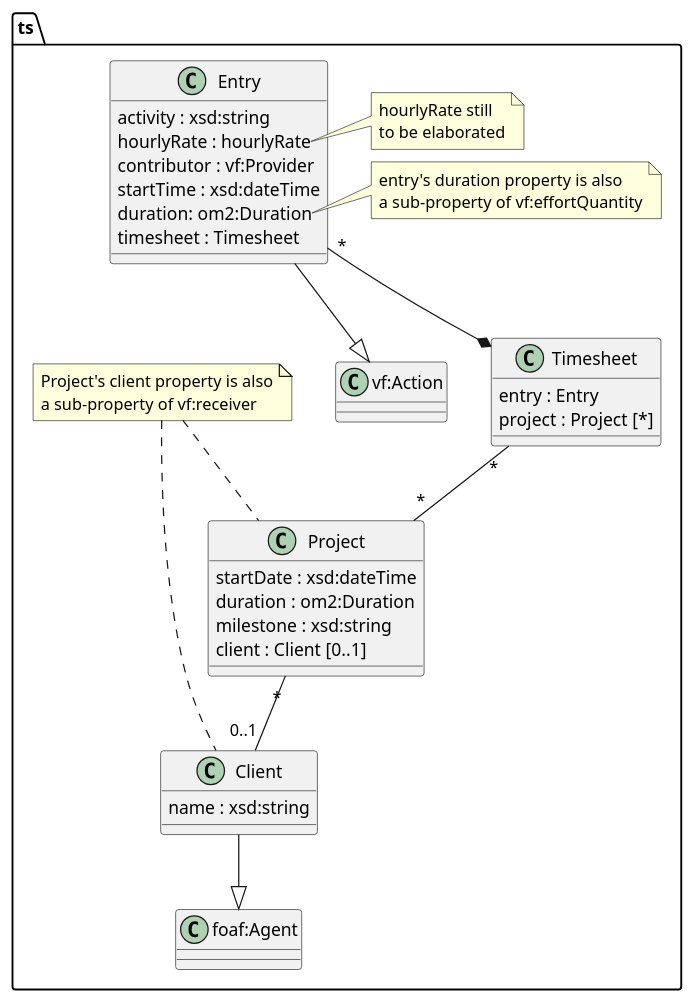
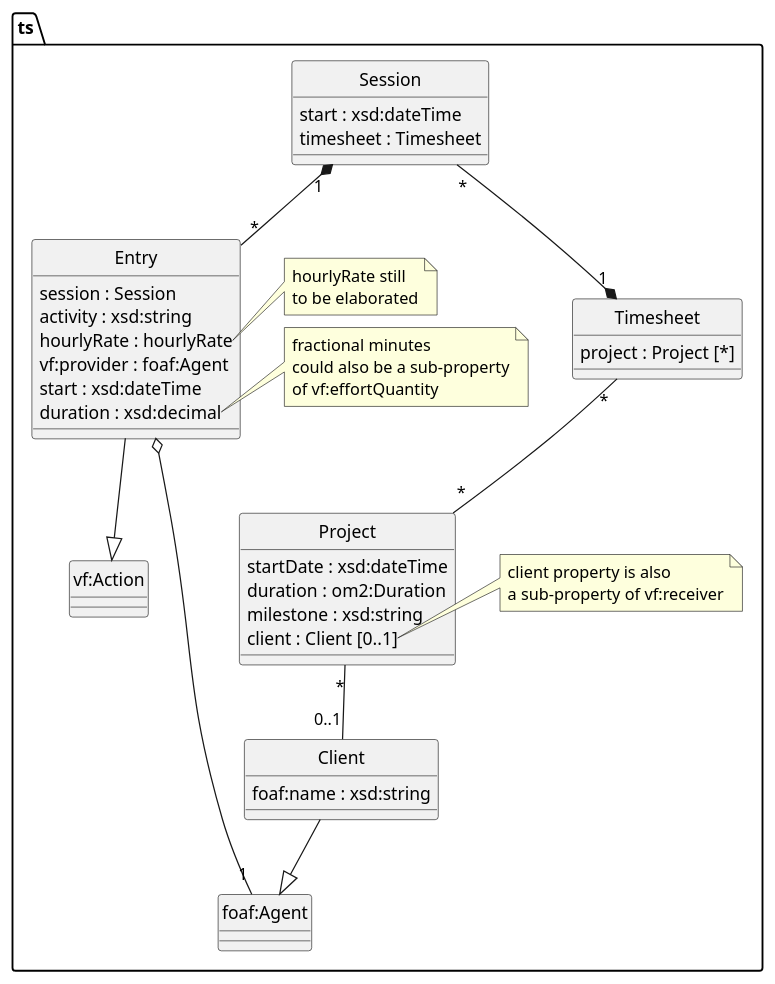
The diagram in architecture/data-model/class-data-model.puml (m-ld/timeld), drawn with PlantUML before and after one commit. The commit also changed 18 other files, not shown here.

```diff
--- a/architecture/data-model/class-data-model.puml
+++ b/architecture/data-model/class-data-model.puml
@@ -1,60 +1,68 @@
 @startuml
 'https://plantuml.com/class-diagram
 
+hide circle
+
 package ts {
     class Timesheet {
-        entry : Entry
         project : Project [*]
     }
 
+    class Session {
+        start : xsd:dateTime
+        timesheet : Timesheet
+    }
+
+    Session "1" *-- "*" Entry
+
     class Entry {
+        session : Session
         activity : xsd:string
         hourlyRate : hourlyRate
-        contributor : vf:Provider
-        startTime : xsd:dateTime
-        duration: om2:Duration
-        timesheet : Timesheet
+        vf:provider : foaf:Agent
+        start : xsd:dateTime
+        duration : xsd:decimal
     }
 
     note right of Entry::hourlyRate
         hourlyRate still
         to be elaborated
     end note
 
     note right of Entry::duration
-        entry's duration property is also
-        a sub-property of vf:effortQuantity
+        fractional minutes
+        could also be a sub-property
+        of vf:effortQuantity
     end note
 
     Entry --|> "vf:Action"
 
-        "Entry" "*" --* Timesheet
+    Entry o-- "1" "foaf:Agent"
+
+    Session "*" --* "1" Timesheet
 
     class Project {
         startDate : xsd:dateTime
         duration : om2:Duration
         milestone : xsd:string
         client : Client [0..1]
     }
 
     Timesheet "*" -- "*" Project
 
     class Client {
-        name : xsd:string
+        foaf:name : xsd:string
     }
 
     Project "*" -- "0..1" Client
 
-    note as N1
-    Project's client property is also
+    note right of Project::client
+    client property is also
     a sub-property of vf:receiver
     end note
-
-    N1 .. Project
-    N1 .. Client
 
     Client --|> "foaf:Agent"
 
 }
 
 @enduml
```
